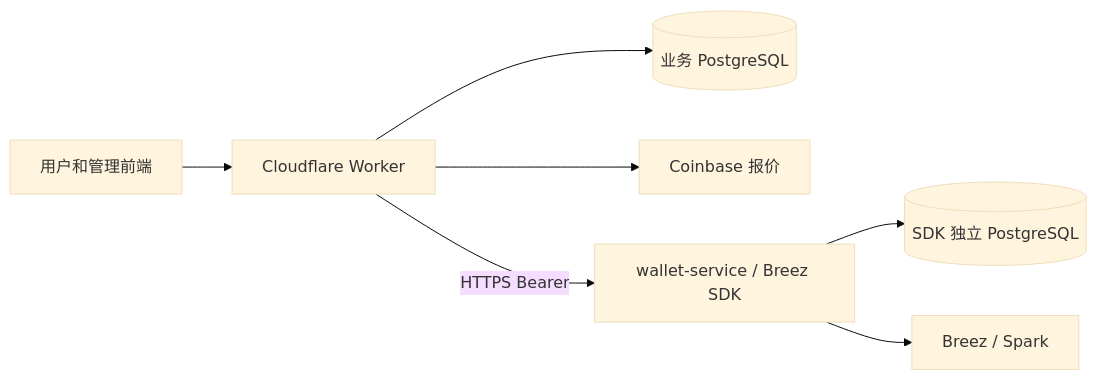
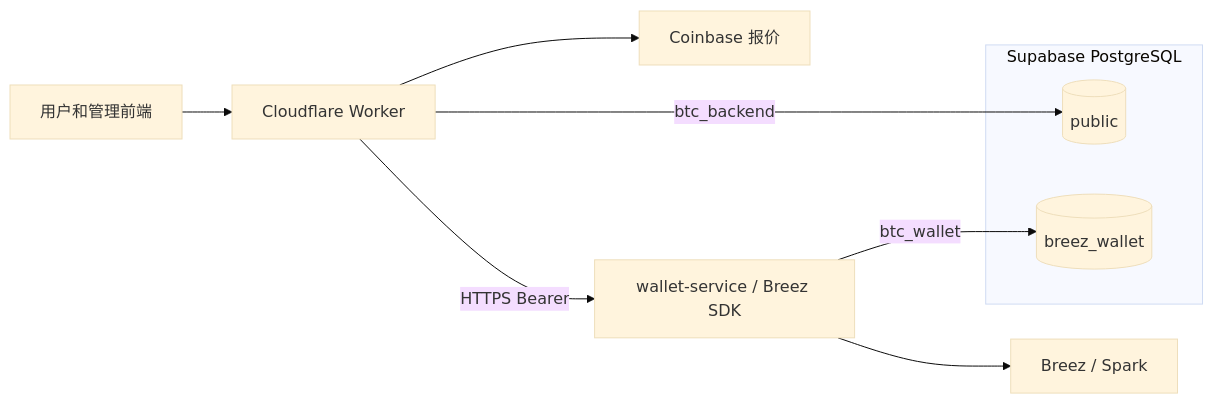
One commit to xxxijustwei/btc-lightning-pay changed the diagram in docs/backend-phase-one.md. Above: the diagram before and after it, drawn with Mermaid (base theme). The commit also changed other lines of this file and 8 other files, not shown here.

````diff
--- a/docs/backend-phase-one.md
+++ b/docs/backend-phase-one.md
@@ -30,9 +30,13 @@
 ```mermaid
 flowchart LR
   U[用户和管理前端] --> W[Cloudflare Worker]
-  W --> D[(业务 PostgreSQL)]
   W --> Q[Coinbase 报价]
   W -->|HTTPS Bearer| S[wallet-service / Breez SDK]
-  S --> P[(SDK 独立 PostgreSQL)]
+  subgraph D[Supabase PostgreSQL]
+    A[(public)]
+    P[(breez_wallet)]
+  end
+  W -->|btc_backend| A
+  S -->|btc_wallet| P
   S --> B[Breez / Spark]
 ```
````
